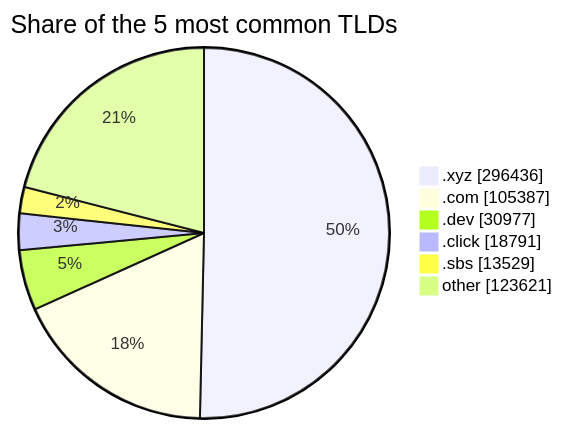
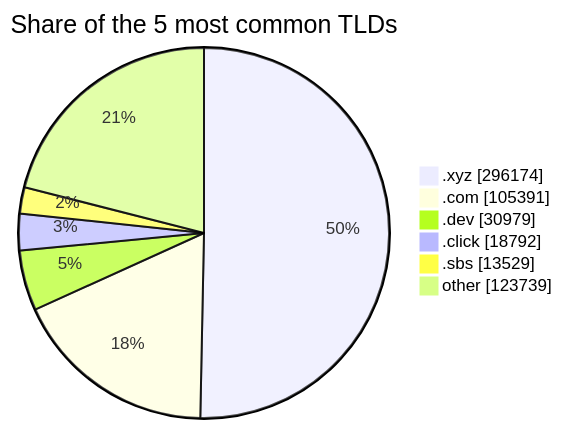
The third of 3 diagrams in README.md (DNSBunker/CTI), drawn with Mermaid before and after one commit. The commit also changed other lines of this file and 3 other files, not shown here.

````diff
--- a/README.md
+++ b/README.md
@@ -81,9 +81,9 @@
 ```mermaid
 pie showData title Share of the 5 most common TLDs
-    ".xyz" : 296436
-    ".com" : 105387
-    ".dev" : 30977
-    ".click" : 18791
+    ".xyz" : 296174
+    ".com" : 105391
+    ".dev" : 30979
+    ".click" : 18792
     ".sbs" : 13529
-    "other" : 123621
+    "other" : 123739
 ```
````
